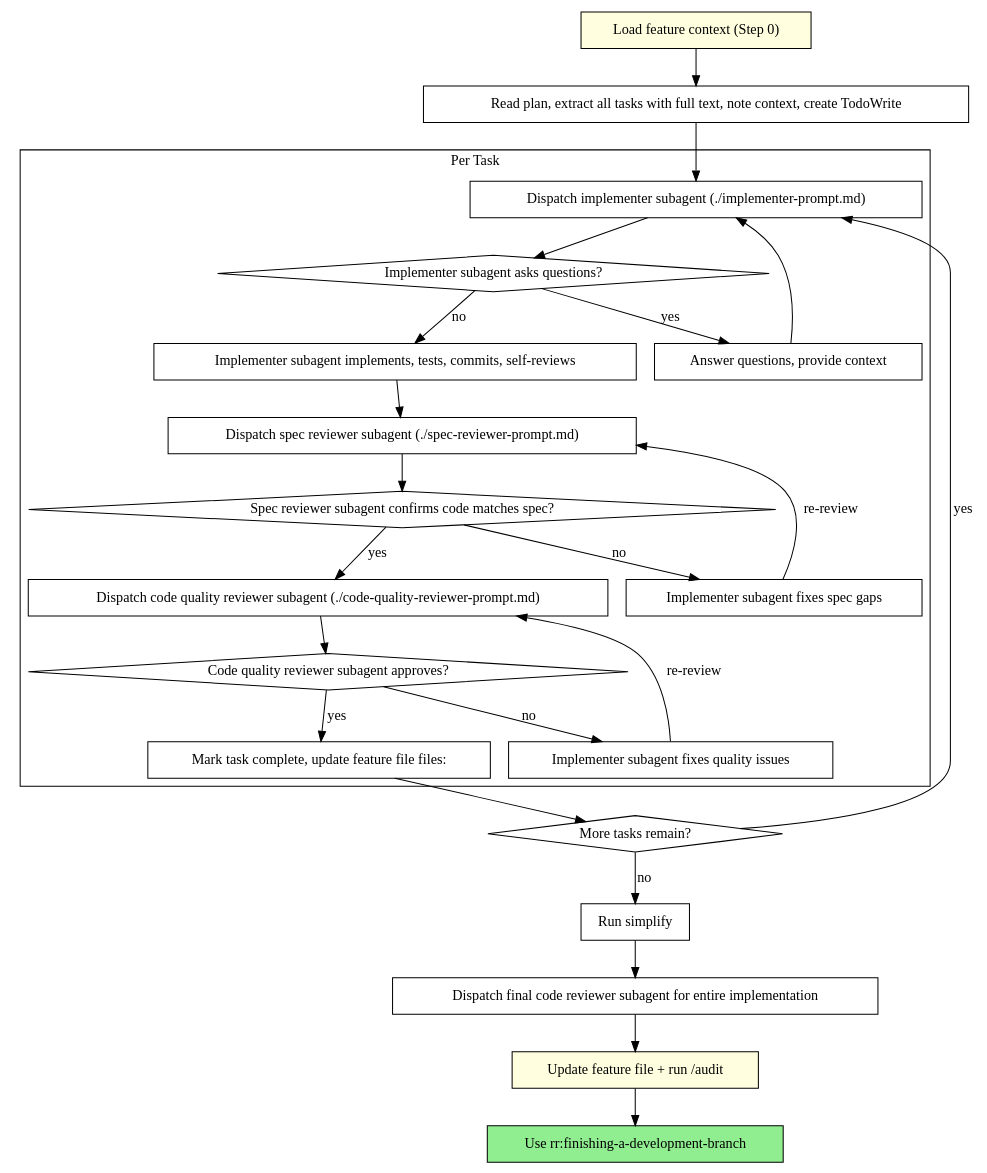
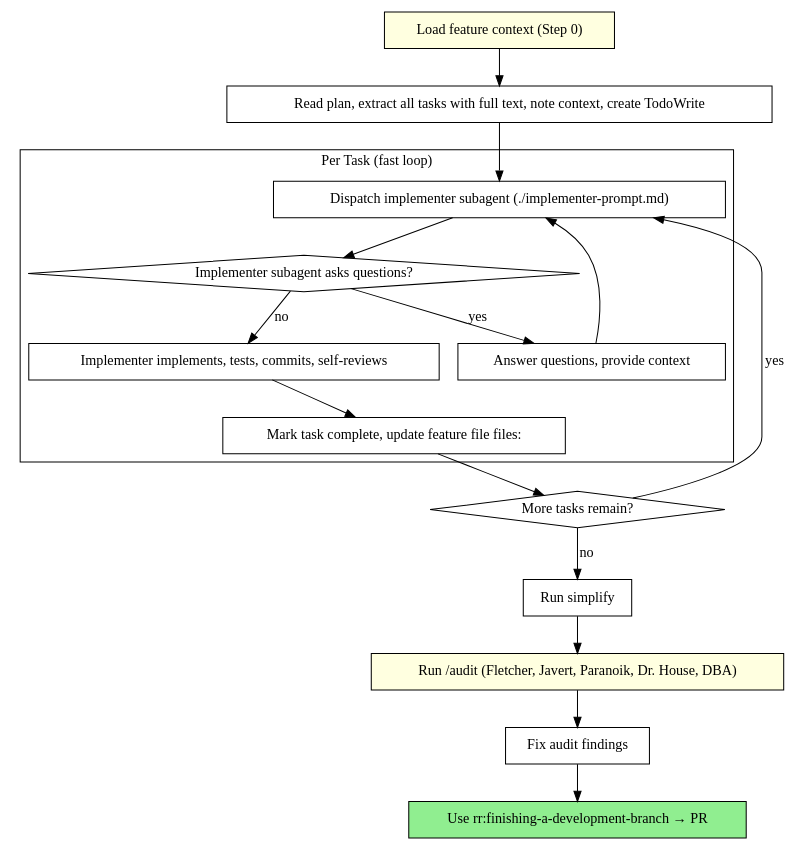
The second of 2 diagrams in plugins/rr/skills/subagent-driven-development/SKILL.md (kulfix/rezavo-plugins), drawn with Graphviz before and after one commit. The commit also changed other lines of this file and 1 other file, not shown here.

First line of the commit message:
feat(rr): remove per-task reviews, move quality gates to end (v1.2.0)

````diff
--- a/plugins/rr/skills/subagent-driven-development/SKILL.md
+++ b/plugins/rr/skills/subagent-driven-development/SKILL.md
@@ -49,51 +49,37 @@
 ```dot
 digraph process {
     rankdir=TB;
 
     "Load feature context (Step 0)" [shape=box style=filled fillcolor=lightyellow];
 
     subgraph cluster_per_task {
-        label="Per Task";
+        label="Per Task (fast loop)";
         "Dispatch implementer subagent (./implementer-prompt.md)" [shape=box];
         "Implementer subagent asks questions?" [shape=diamond];
         "Answer questions, provide context" [shape=box];
-        "Implementer subagent implements, tests, commits, self-reviews" [shape=box];
-        "Dispatch spec reviewer subagent (./spec-reviewer-prompt.md)" [shape=box];
-        "Spec reviewer subagent confirms code matches spec?" [shape=diamond];
-        "Implementer subagent fixes spec gaps" [shape=box];
-        "Dispatch code quality reviewer subagent (./code-quality-reviewer-prompt.md)" [shape=box];
-        "Code quality reviewer subagent approves?" [shape=diamond];
-        "Implementer subagent fixes quality issues" [shape=box];
+        "Implementer implements, tests, commits, self-reviews" [shape=box];
         "Mark task complete, update feature file files:" [shape=box];
     }
 
     "Read plan, extract all tasks with full text, note context, create TodoWrite" [shape=box];
     "More tasks remain?" [shape=diamond];
     "Run simplify" [shape=box];
-    "Dispatch final code reviewer subagent for entire implementation" [shape=box];
-    "Update feature file + run /audit" [shape=box style=filled fillcolor=lightyellow];
-    "Use rr:finishing-a-development-branch" [shape=box style=filled fillcolor=lightgreen];
+    "Run /audit (Fletcher, Javert, Paranoik, Dr. House, DBA)" [shape=box style=filled fillcolor=lightyellow];
+    "Fix audit findings" [shape=box];
+    "Use rr:finishing-a-development-branch → PR" [shape=box style=filled fillcolor=lightgreen];
 
     "Load feature context (Step 0)" -> "Read plan, extract all tasks with full text, note context, create TodoWrite";
     "Read plan, extract all tasks with full text, note context, create TodoWrite" -> "Dispatch implementer subagent (./implementer-prompt.md)";
     "Dispatch implementer subagent (./implementer-prompt.md)" -> "Implementer subagent asks questions?";
     "Implementer subagent asks questions?" -> "Answer questions, provide context" [label="yes"];
     "Answer questions, provide context" -> "Dispatch implementer subagent (./implementer-prompt.md)";
-    "Implementer subagent asks questions?" -> "Implementer subagent implements, tests, commits, self-reviews" [label="no"];
-    "Implementer subagent implements, tests, commits, self-reviews" -> "Dispatch spec reviewer subagent (./spec-reviewer-prompt.md)";
-    "Dispatch spec reviewer subagent (./spec-reviewer-prompt.md)" -> "Spec reviewer subagent confirms code matches spec?";
-    "Spec reviewer subagent confirms code matches spec?" -> "Implementer subagent fixes spec gaps" [label="no"];
-    "Implementer subagent fixes spec gaps" -> "Dispatch spec reviewer subagent (./spec-reviewer-prompt.md)" [label="re-review"];
-    "Spec reviewer subagent confirms code matches spec?" -> "Dispatch code quality reviewer subagent (./code-quality-reviewer-prompt.md)" [label="yes"];
-    "Dispatch code quality reviewer subagent (./code-quality-reviewer-prompt.md)" -> "Code quality reviewer subagent approves?";
-    "Code quality reviewer subagent approves?" -> "Implementer subagent fixes quality issues" [label="no"];
-    "Implementer subagent fixes quality issues" -> "Dispatch code quality reviewer subagent (./code-quality-reviewer-prompt.md)" [label="re-review"];
-    "Code quality reviewer subagent approves?" -> "Mark task complete, update feature file files:" [label="yes"];
+    "Implementer subagent asks questions?" -> "Implementer implements, tests, commits, self-reviews" [label="no"];
+    "Implementer implements, tests, commits, self-reviews" -> "Mark task complete, update feature file files:";
     "Mark task complete, update feature file files:" -> "More tasks remain?";
     "More tasks remain?" -> "Dispatch implementer subagent (./implementer-prompt.md)" [label="yes"];
     "More tasks remain?" -> "Run simplify" [label="no"];
-    "Run simplify" -> "Dispatch final code reviewer subagent for entire implementation";
-    "Dispatch final code reviewer subagent for entire implementation" -> "Update feature file + run /audit";
-    "Update feature file + run /audit" -> "Use rr:finishing-a-development-branch";
+    "Run simplify" -> "Run /audit (Fletcher, Javert, Paranoik, Dr. House, DBA)";
+    "Run /audit (Fletcher, Javert, Paranoik, Dr. House, DBA)" -> "Fix audit findings";
+    "Fix audit findings" -> "Use rr:finishing-a-development-branch → PR";
 }
 ```
````
